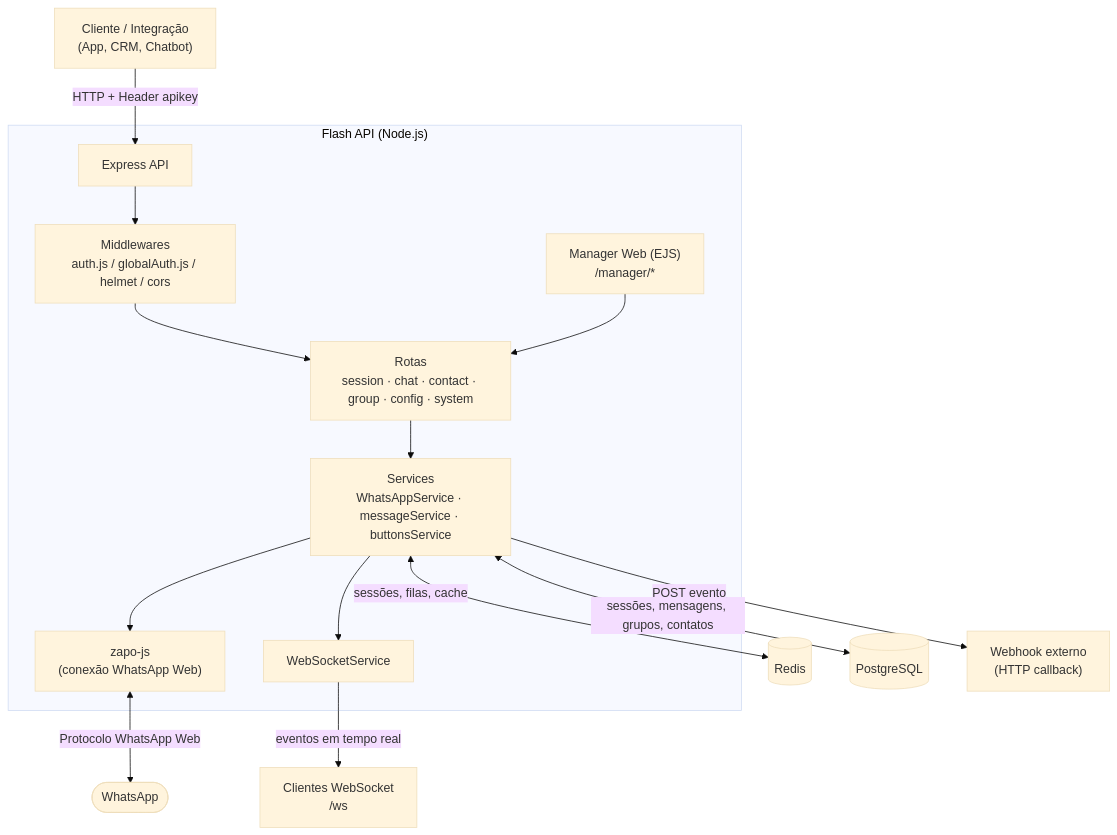
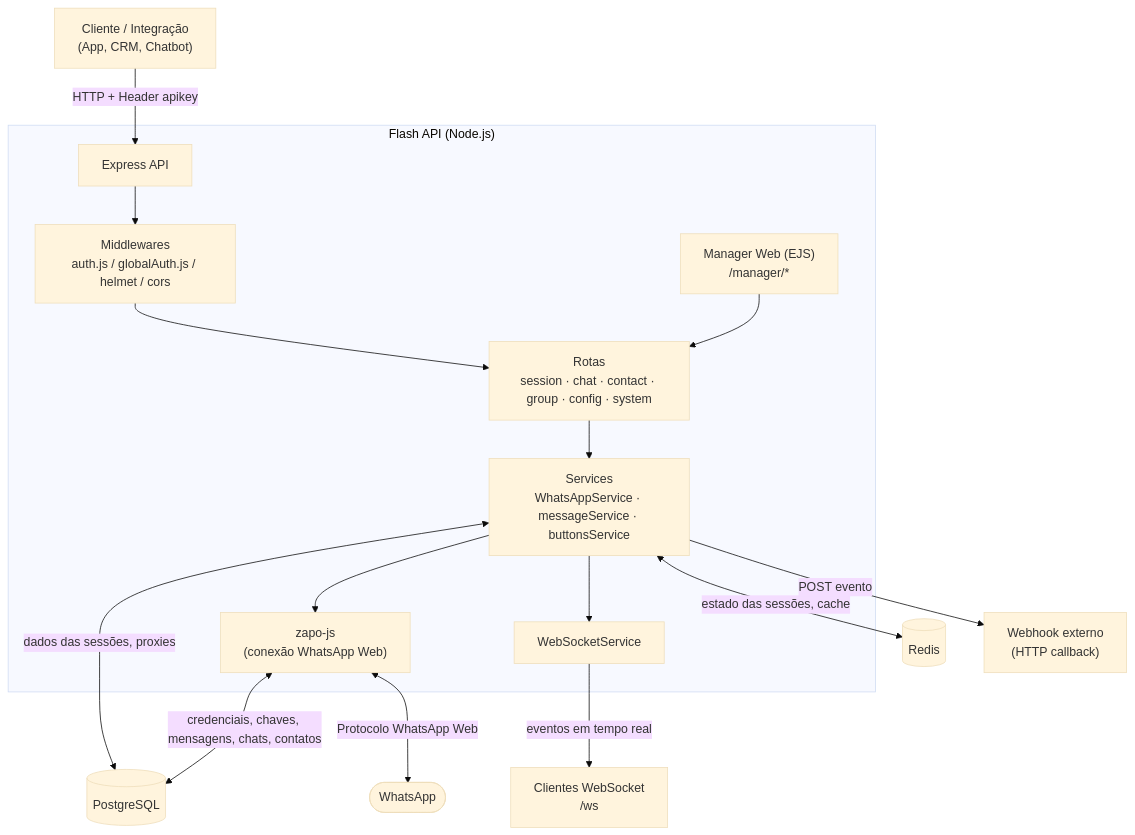
One commit to clsshbr2/FlashApi changed the first of 2 diagrams in README.md. Above: the diagram before and after it, drawn with Mermaid (base theme). The commit also changed other lines of this file and 40 other files, not shown here.

First line of the commit message:
Zapo guarda mensagens, chats e contatos sozinha; limpeza e painel de testes

````diff
--- a/README.md
+++ b/README.md
@@ -105,20 +105,21 @@
 ```mermaid
 flowchart TB
     Client["Cliente / Integração<br/>(App, CRM, Chatbot)"] -->|HTTP + Header apikey| API[Express API]
 
     subgraph FlashAPI["Flash API (Node.js)"]
         API --> MW["Middlewares<br/>auth.js / globalAuth.js / helmet / cors"]
         MW --> Routes["Rotas<br/>session · chat · contact · group · config · system"]
         Routes --> Services["Services<br/>WhatsAppService · messageService · buttonsService"]
         Services --> Zapo["zapo-js<br/>(conexão WhatsApp Web)"]
         Services --> WSService["WebSocketService"]
         Manager["Manager Web (EJS)<br/>/manager/*"] --> Routes
     end
 
-    Services <-->|sessões, filas, cache| Redis[(Redis)]
-    Services <-->|sessões, mensagens, grupos, contatos| Postgres[(PostgreSQL)]
+    Services <-->|estado das sessões, cache| Redis[(Redis)]
+    Services <-->|dados das sessões, proxies| Postgres[(PostgreSQL)]
+    Zapo <-->|credenciais, chaves, mensagens, chats, contatos| Postgres
 
     WSService -->|eventos em tempo real| WSClients["Clientes WebSocket<br/>/ws"]
     Services -->|POST evento| Webhook["Webhook externo<br/>(HTTP callback)"]
     Zapo <-->|Protocolo WhatsApp Web| WhatsApp(["WhatsApp"])
 ```
````
